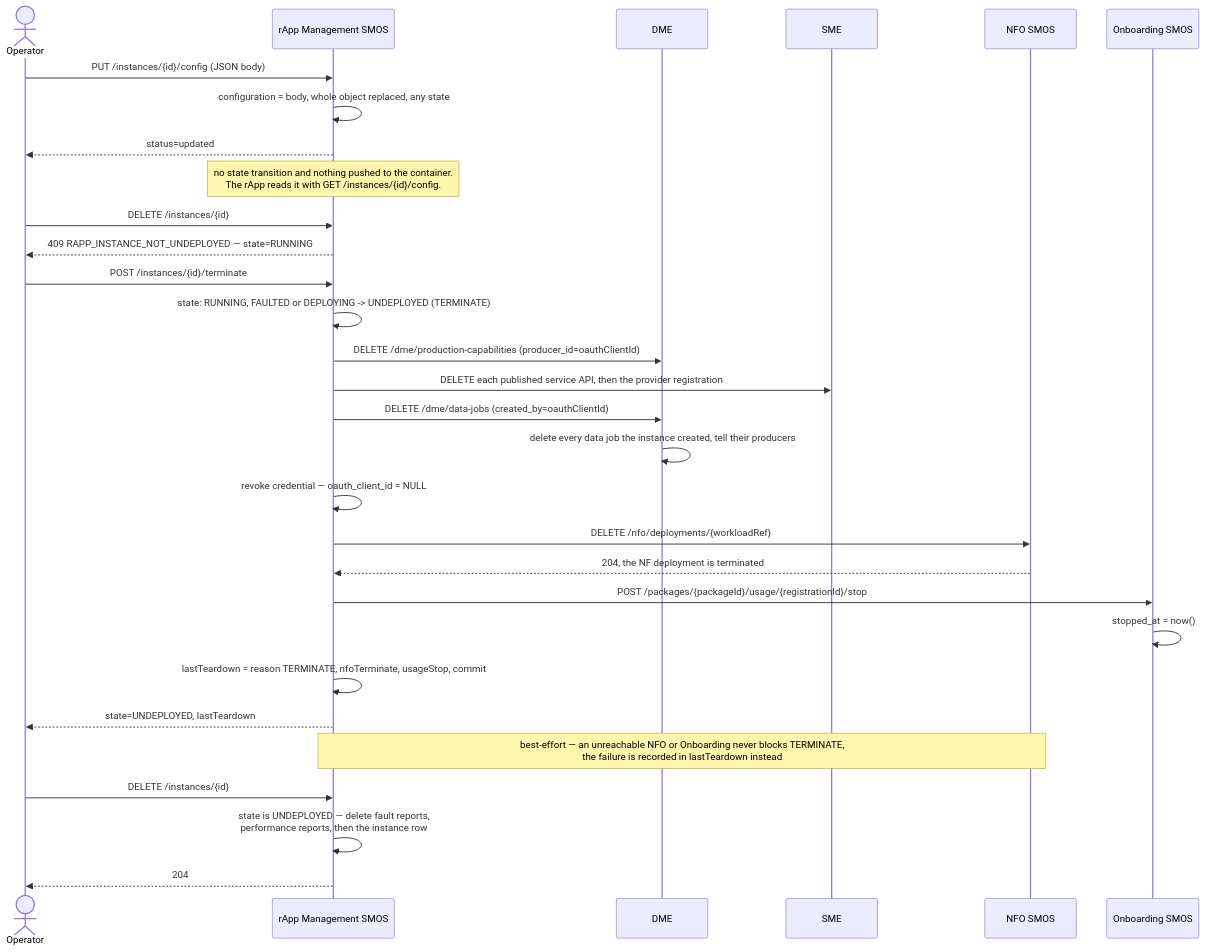
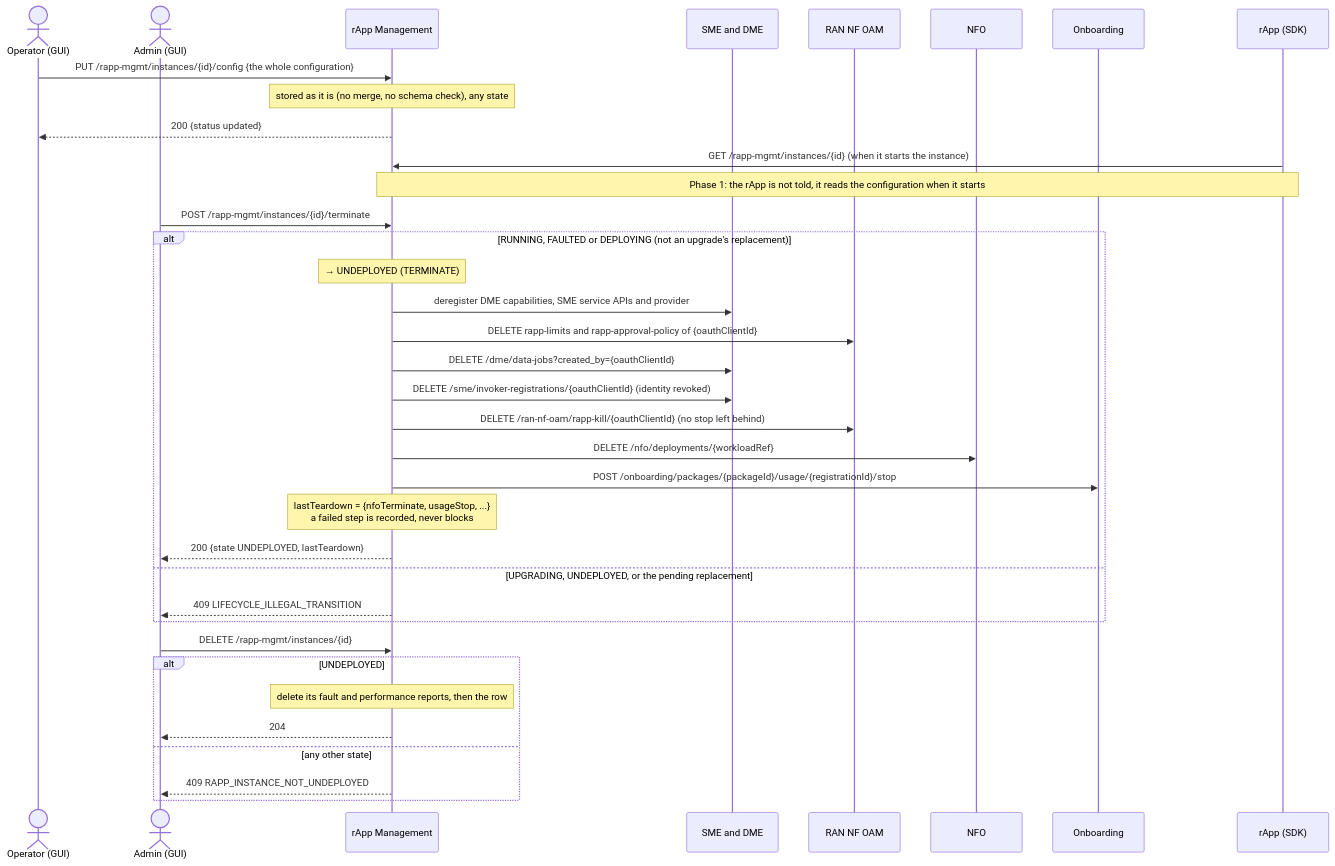
One commit to rsys-bshankar/ai-ran-smo changed the fifth of 5 diagrams in smo/docs/call-flows/07-rapp-instance-lifecycle.md. Above: the diagram before and after it, drawn with Mermaid. The commit also changed other lines of this file and 24 other files, not shown here.

First line of the commit message:
Flow 07 review: a faulted or upgraded rApp stays held in check, the replacement brings itself up (DOC-CF-1.3)

````diff
--- a/smo/docs/call-flows/07-rapp-instance-lifecycle.md
+++ b/smo/docs/call-flows/07-rapp-instance-lifecycle.md
@@ -184,36 +240,41 @@
 ```mermaid
 sequenceDiagram
-    actor Operator
-    participant Rapp as rApp Management SMOS
-    participant DME as DME
-    participant SME as SME
-    participant NFO as NFO SMOS
-    participant Onb as Onboarding SMOS
+    actor Op as Operator (GUI)
+    actor Adm as Admin (GUI)
+    participant RM as rApp Management
+    participant Reg as SME and DME
+    participant OAM as RAN NF OAM
+    participant NFO as NFO
+    participant Onb as Onboarding
+    participant App as rApp (SDK)
 
-    Operator->>Rapp: PUT /instances/{id}/config (JSON body)
-    Rapp->>Rapp: configuration = body, whole object replaced, any state
-    Rapp-->>Operator: status=updated
-    Note over Rapp: no state transition and nothing pushed to the container.<br/>The rApp reads it with GET /instances/{id}/config.
+    Op->>RM: PUT /rapp-mgmt/instances/{id}/config {the whole configuration}
+    Note over RM: stored as it is (no merge, no schema check), any state
+    RM-->>Op: 200 {status updated}
+    App->>RM: GET /rapp-mgmt/instances/{id} (when it starts the instance)
+    Note over RM,App: Phase 1: the rApp is not told, it reads the configuration when it starts
 
-    Operator->>Rapp: DELETE /instances/{id}
-    Rapp-->>Operator: 409 RAPP_INSTANCE_NOT_UNDEPLOYED — state=RUNNING
+    Adm->>RM: POST /rapp-mgmt/instances/{id}/terminate
+    alt RUNNING, FAULTED or DEPLOYING (not an upgrade's replacement)
+        Note over RM: → UNDEPLOYED (TERMINATE)
+        RM->>Reg: deregister DME capabilities, SME service APIs and provider
+        RM->>OAM: DELETE rapp-limits and rapp-approval-policy of {oauthClientId}
+        RM->>Reg: DELETE /dme/data-jobs?created_by={oauthClientId}
+        RM->>Reg: DELETE /sme/invoker-registrations/{oauthClientId} (identity revoked)
+        RM->>OAM: DELETE /ran-nf-oam/rapp-kill/{oauthClientId} (no stop left behind)
+        RM->>NFO: DELETE /nfo/deployments/{workloadRef}
+        RM->>Onb: POST /onboarding/packages/{packageId}/usage/{registrationId}/stop
+        Note over RM: lastTeardown = {nfoTerminate, usageStop, ...}<br/>a failed step is recorded, never blocks
+        RM-->>Adm: 200 {state UNDEPLOYED, lastTeardown}
+    else UPGRADING, UNDEPLOYED, or the pending replacement
+        RM-->>Adm: 409 LIFECYCLE_ILLEGAL_TRANSITION
+    end
 
-    Operator->>Rapp: POST /instances/{id}/terminate
-    Rapp->>Rapp: state: RUNNING, FAULTED or DEPLOYING -> UNDEPLOYED (TERMINATE)
-    Rapp->>DME: DELETE /dme/production-capabilities (producer_id=oauthClientId)
-    Rapp->>SME: DELETE each published service API, then the provider registration
-    Rapp->>DME: DELETE /dme/data-jobs (created_by=oauthClientId)
-    DME->>DME: delete every data job the instance created, tell their producers
-    Rapp->>Rapp: revoke credential — oauth_client_id = NULL
-    Rapp->>NFO: DELETE /nfo/deployments/{workloadRef}
-    NFO-->>Rapp: 204, the NF deployment is terminated
-    Rapp->>Onb: POST /packages/{packageId}/usage/{registrationId}/stop
-    Onb->>Onb: stopped_at = now()
-    Rapp->>Rapp: lastTeardown = reason TERMINATE, nfoTerminate, usageStop, commit
-    Rapp-->>Operator: state=UNDEPLOYED, lastTeardown
-    Note over Rapp,NFO: best-effort — an unreachable NFO or Onboarding never blocks TERMINATE,<br/>the failure is recorded in lastTeardown instead
-
-    Operator->>Rapp: DELETE /instances/{id}
-    Rapp->>Rapp: state is UNDEPLOYED — delete fault reports,<br/>performance reports, then the instance row
-    Rapp-->>Operator: 204
+    Adm->>RM: DELETE /rapp-mgmt/instances/{id}
+    alt UNDEPLOYED
+        Note over RM: delete its fault and performance reports, then the row
+        RM-->>Adm: 204
+    else any other state
+        RM-->>Adm: 409 RAPP_INSTANCE_NOT_UNDEPLOYED
+    end
 ```
````
